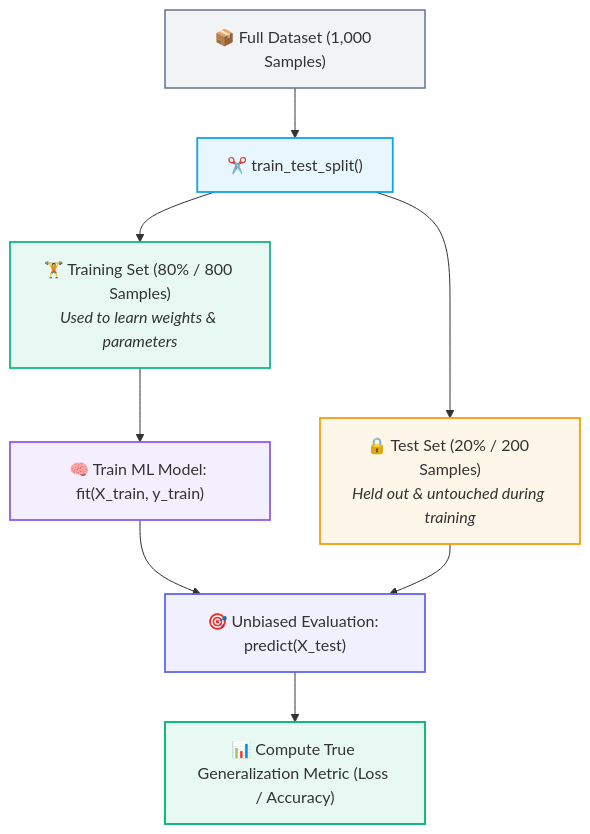
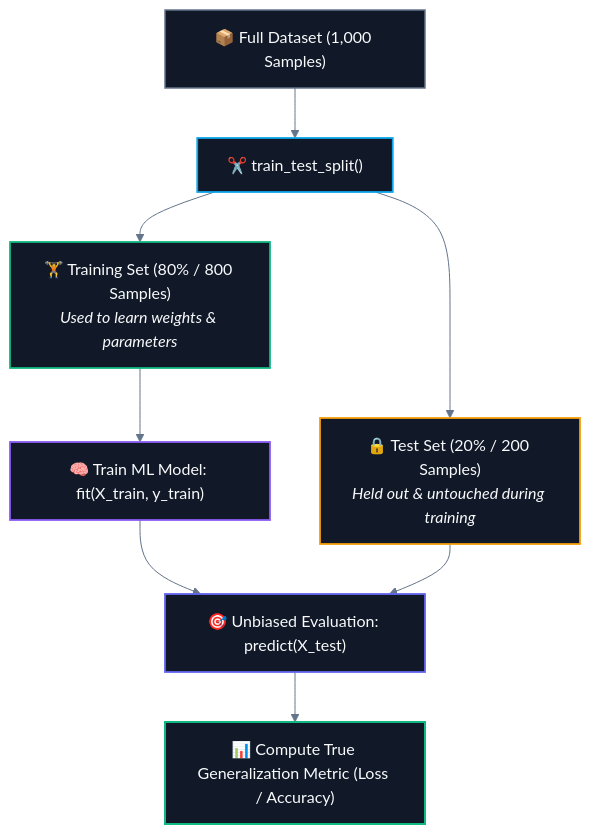
One commit to abhinavbharti2345/CS_Notes changed the first of 4 diagrams in CS/AI & ML/01. Classical ML/04. Train-Test Split and Generalization.md. Above: the diagram before and after it, drawn with Mermaid. The commit also changed other lines of this file and 195 other files, not shown here.

````diff
--- a/CS/AI & ML/01. Classical ML/04. Train-Test Split and Generalization.md
+++ b/CS/AI & ML/01. Classical ML/04. Train-Test Split and Generalization.md
@@ -35,30 +35,31 @@
 ```mermaid
+%%{init: {'theme': 'base', 'themeVariables': { 'darkMode': true, 'background': '#0B0F14', 'mainBkg': '#111827', 'primaryColor': '#111827', 'primaryTextColor': '#F8FAFC', 'primaryBorderColor': '#38BDF8', 'lineColor': '#64748B', 'secondaryColor': '#0B0F14', 'tertiaryColor': '#0B0F14', 'clusterBkg': '#0B0F14', 'clusterBorder': '#38BDF8' }}}%%
 flowchart TD
     Full["📦 Full Dataset (1,000 Samples)"] --> Split["✂️ train_test_split()"]
     
     Split --> Train["🏋️ Training Set (80% / 800 Samples)<br/><i>Used to learn weights & parameters</i>"]
     Split --> Test["🔒 Test Set (20% / 200 Samples)<br/><i>Held out & untouched during training</i>"]
     
     Train --> Model["🧠 Train ML Model: fit(X_train, y_train)"]
     
     Model --> Eval["🎯 Unbiased Evaluation: predict(X_test)"]
     Test --> Eval
     
     Eval --> Metric["📊 Compute True Generalization Metric (Loss / Accuracy)"]
 
-    classDef full fill:#64748b15,stroke:#64748b,stroke-width:1.5px;
-    classDef split fill:#0ea5e918,stroke:#0ea5e9,stroke-width:1.8px;
-    classDef train fill:#10b98118,stroke:#10b981,stroke-width:1.8px;
-    classDef test fill:#f59e0b18,stroke:#f59e0b,stroke-width:1.8px;
-    classDef model fill:#8b5cf618,stroke:#8b5cf6,stroke-width:1.8px;
-    classDef eval fill:#6366f118,stroke:#6366f1,stroke-width:1.8px;
-    classDef metric fill:#10b98118,stroke:#10b981,stroke-width:2px;
+    classDef full fill:#111827,stroke:#64748b,stroke-width:1.5px,color:#F8FAFC;
+    classDef split fill:#111827,stroke:#0ea5e9,stroke-width:1.8px,color:#F8FAFC;
+    classDef train fill:#111827,stroke:#10b981,stroke-width:1.8px,color:#F8FAFC;
+    classDef test fill:#111827,stroke:#f59e0b,stroke-width:1.8px,color:#F8FAFC;
+    classDef model fill:#111827,stroke:#8b5cf6,stroke-width:1.8px,color:#F8FAFC;
+    classDef eval fill:#111827,stroke:#6366f1,stroke-width:1.8px,color:#F8FAFC;
+    classDef metric fill:#111827,stroke:#10b981,stroke-width:2px,color:#F8FAFC;
 
     class Full full;
     class Split split;
     class Train train;
     class Test test;
     class Model model;
     class Eval eval;
     class Metric metric;
 ```
````
